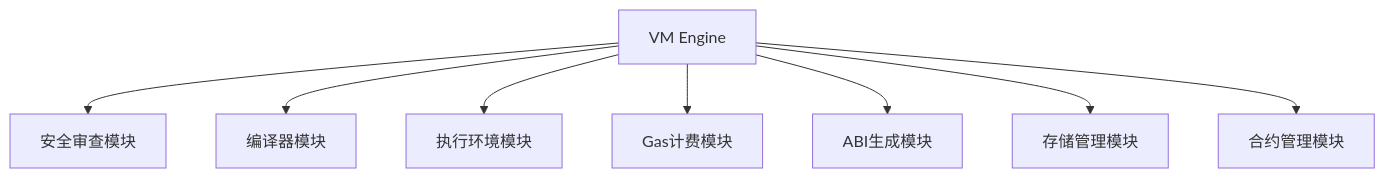
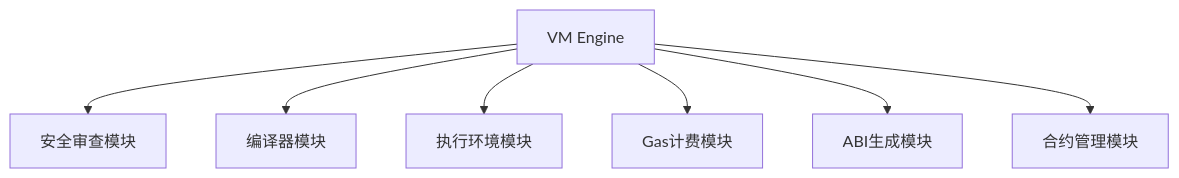
One commit to lengzhao/vm changed the first of 5 diagrams in docs/detailed_design/vm_engine_detailed_design.md. Above: the diagram before and after it, drawn with Mermaid. The commit also changed other lines of this file and 11 other files, not shown here.

````diff
--- a/docs/detailed_design/vm_engine_detailed_design.md
+++ b/docs/detailed_design/vm_engine_detailed_design.md
@@ -24,10 +24,9 @@
 ```mermaid
 graph TD
 A[VM Engine] --> B[安全审查模块]
 A --> C[编译器模块]
 A --> D[执行环境模块]
 A --> E[Gas计费模块]
 A --> F[ABI生成模块]
-A --> G[存储管理模块]
-A --> H[合约管理模块]
+A --> G[合约管理模块]
 ```
````
